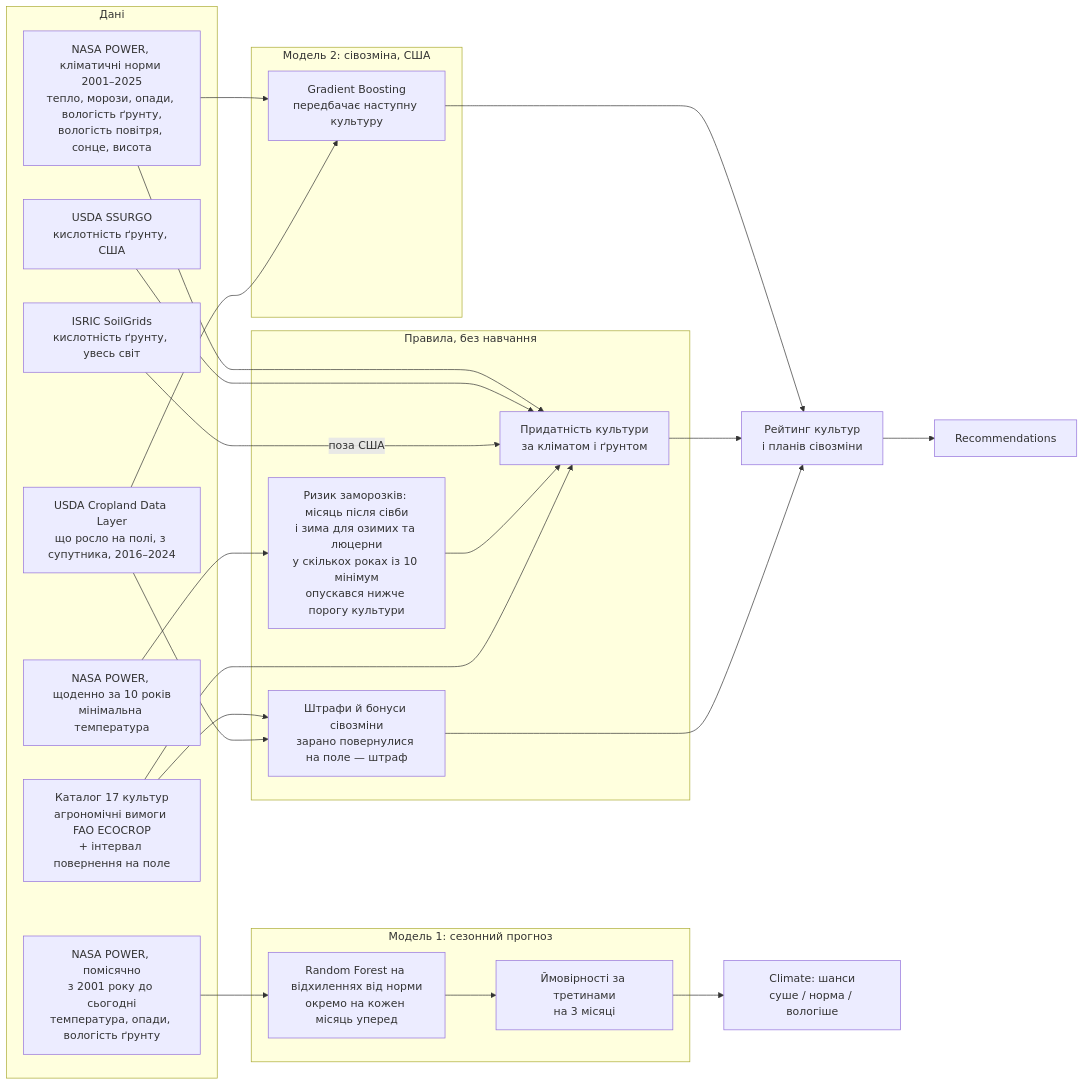
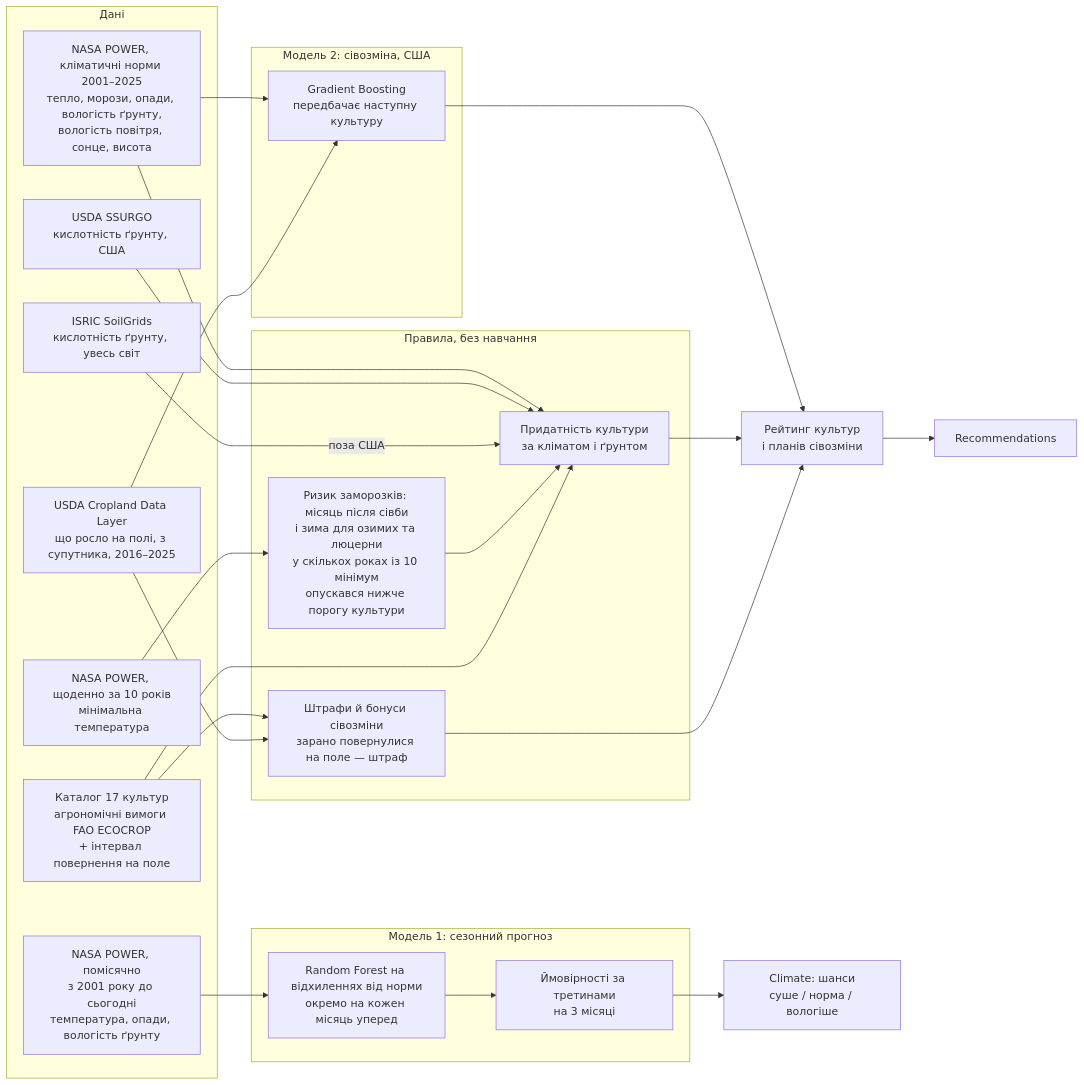
Before and after one commit to hishpania/NASASA: the diagram in docs/diagrams/uk/1-ml-overview.mmd, drawn with Mermaid. The commit also changed 4 other files, not shown here.

```diff
--- a/docs/diagrams/uk/1-ml-overview.mmd
+++ b/docs/diagrams/uk/1-ml-overview.mmd
@@ -1,42 +1,42 @@
 flowchart LR
   subgraph DATA["Дані"]
     PM["NASA POWER, помісячно<br/>з 2001 року до сьогодні<br/>температура, опади, вологість ґрунту"]
     PC["NASA POWER, кліматичні норми 2001–2025<br/>тепло, морози, опади, вологість ґрунту,<br/>вологість повітря, сонце, висота"]
-    CDL["USDA Cropland Data Layer<br/>що росло на полі, з супутника, 2016–2024"]
+    CDL["USDA Cropland Data Layer<br/>що росло на полі, з супутника, 2016–2025"]
     PD["NASA POWER, щоденно за 10 років<br/>мінімальна температура"]
     SOIL["USDA SSURGO<br/>кислотність ґрунту, США"]
     SG["ISRIC SoilGrids<br/>кислотність ґрунту, увесь світ"]
     ECO["Каталог 17 культур<br/>агрономічні вимоги FAO ECOCROP<br/>+ інтервал повернення на поле"]
   end
 
   subgraph M1["Модель 1: сезонний прогноз"]
     RF["Random Forest на відхиленнях від норми<br/>окремо на кожен місяць уперед"]
     TER["Ймовірності за третинами<br/>на 3 місяці"]
   end
 
   subgraph M2["Модель 2: сівозміна, США"]
     HGB["Gradient Boosting<br/>передбачає наступну культуру"]
   end
 
   subgraph R["Правила, без навчання"]
     SUIT["Придатність культури<br/>за кліматом і ґрунтом"]
     FROST["Ризик заморозків: місяць після сівби<br/>і зима для озимих та люцерни<br/>у скількох роках із 10 мінімум<br/>опускався нижче порогу культури"]
     ROT["Штрафи й бонуси сівозміни<br/>зарано повернулися на поле — штраф"]
   end
 
   SCORE["Рейтинг культур<br/>і планів сівозміни"]
 
   PM --> RF --> TER --> OUT1["Climate: шанси<br/>суше / норма / вологіше"]
   PC --> HGB
   CDL --> HGB
   PC --> SUIT
   SOIL --> SUIT
   SG -->|поза США| SUIT
   PD --> FROST --> SUIT
   ECO --> SUIT
   ECO --> ROT
   CDL --> ROT
   HGB --> SCORE
   SUIT --> SCORE
   ROT --> SCORE
   SCORE --> OUT2["Recommendations"]
```
